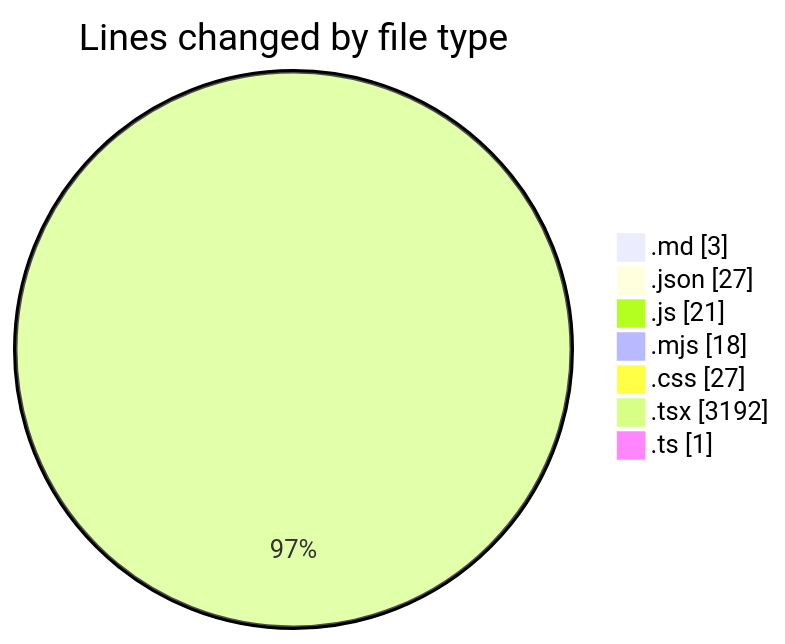
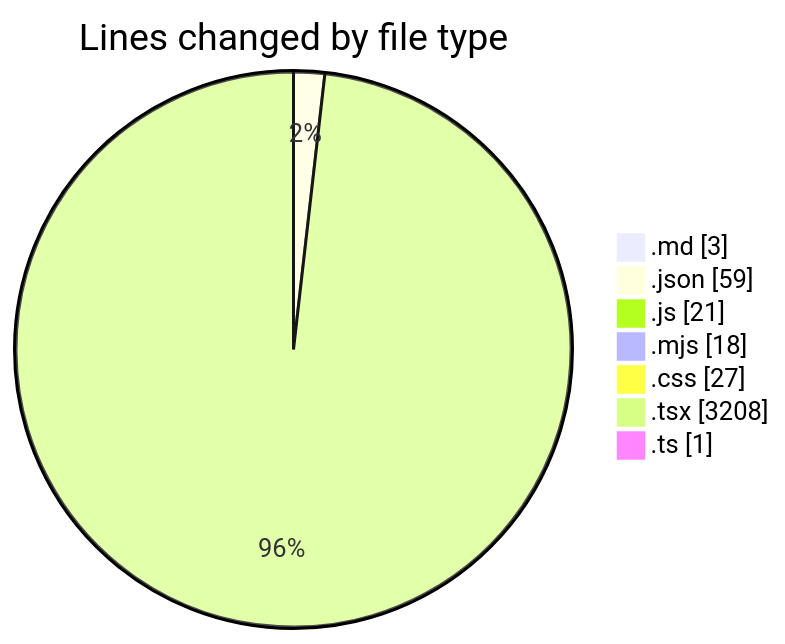
Before and after one commit to Ritupan-Deka/code-tracking: the first of 2 diagrams in 2025-06-18/scopesketch-app/README.md, drawn with Mermaid. The commit also changed other lines of this file and 1 other file, not shown here.

````diff
--- a/2025-06-18/scopesketch-app/README.md
+++ b/2025-06-18/scopesketch-app/README.md
@@ -27,11 +28,11 @@
 ```mermaid
 pie showData
 title Lines changed by file type
 ".md" : 3
-".json" : 27
+".json" : 59
 ".js" : 21
 ".mjs" : 18
 ".css" : 27
-".tsx" : 3192
+".tsx" : 3208
 ".ts" : 1
 ```
````
